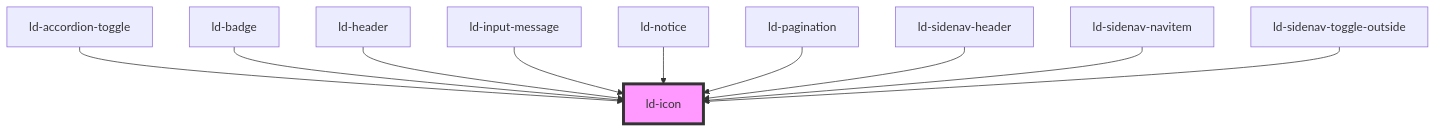
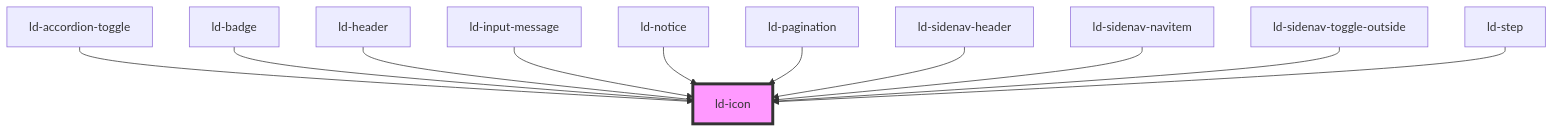
One commit to emdgroup-liquid/liquid changed the diagram in src/liquid/components/ld-icon/readme.md. Above: the diagram before and after it, drawn with Mermaid. The commit also changed other lines of this file and 9 other files, not shown here.

````diff
--- a/src/liquid/components/ld-icon/readme.md
+++ b/src/liquid/components/ld-icon/readme.md
@@ -348,13 +349,14 @@
 ```mermaid
 graph TD;
   ld-accordion-toggle --> ld-icon
   ld-badge --> ld-icon
   ld-header --> ld-icon
   ld-input-message --> ld-icon
   ld-notice --> ld-icon
   ld-pagination --> ld-icon
   ld-sidenav-header --> ld-icon
   ld-sidenav-navitem --> ld-icon
   ld-sidenav-toggle-outside --> ld-icon
+  ld-step --> ld-icon
   style ld-icon fill:#f9f,stroke:#333,stroke-width:4px
 ```
````
